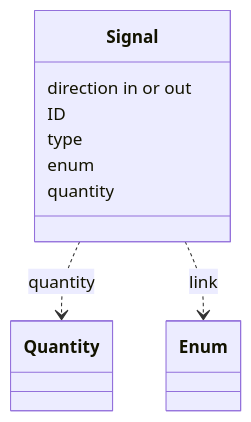
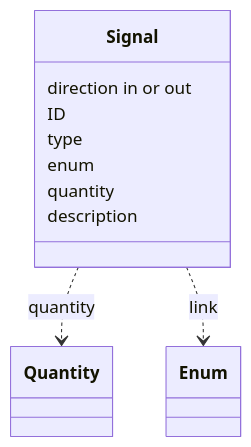
One commit to AlexandreGallais/synoptic-studio-spec changed diagram 21 of 52 in metadata/draft.md. Above: the diagram before and after it, drawn with Mermaid. The commit also changed other lines of this file and 2 other files, not shown here.

First line of the commit message:
docs(metadata): give signals and commands a description

````diff
--- a/metadata/draft.md
+++ b/metadata/draft.md
@@ -519,14 +520,15 @@
 ```mermaid
 classDiagram
     class Signal {
         direction in or out
         ID
         type
         enum
         quantity
+        description
     }
     class Quantity
     class Enum
     Signal ..> Quantity : quantity
     Signal ..> Enum : link
 ```
````
